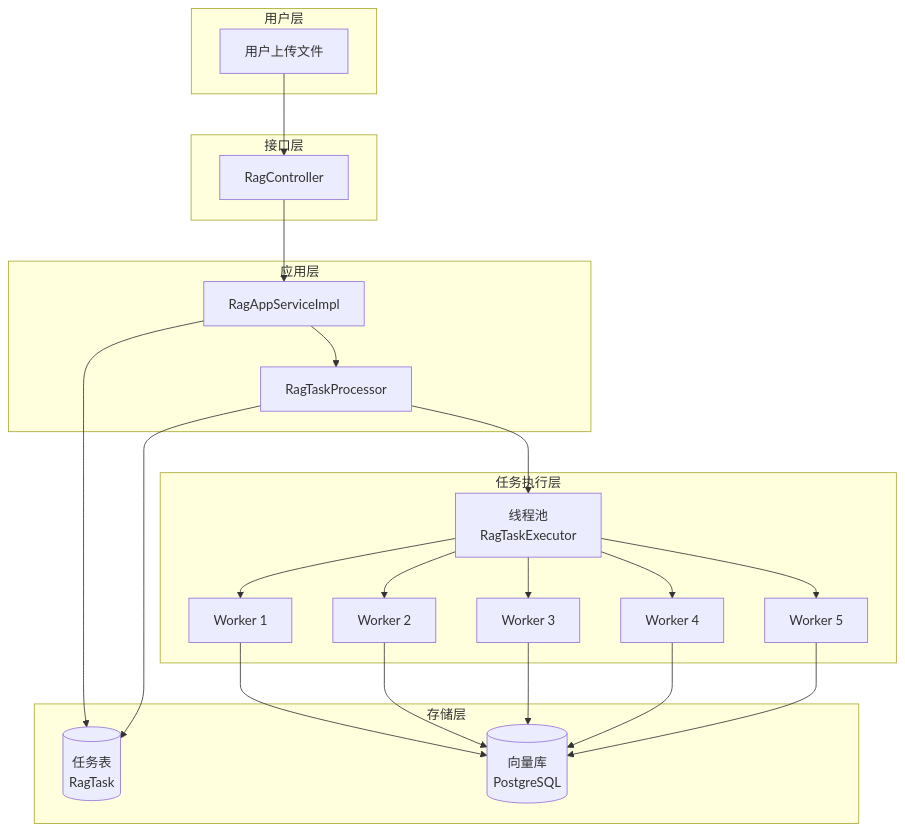
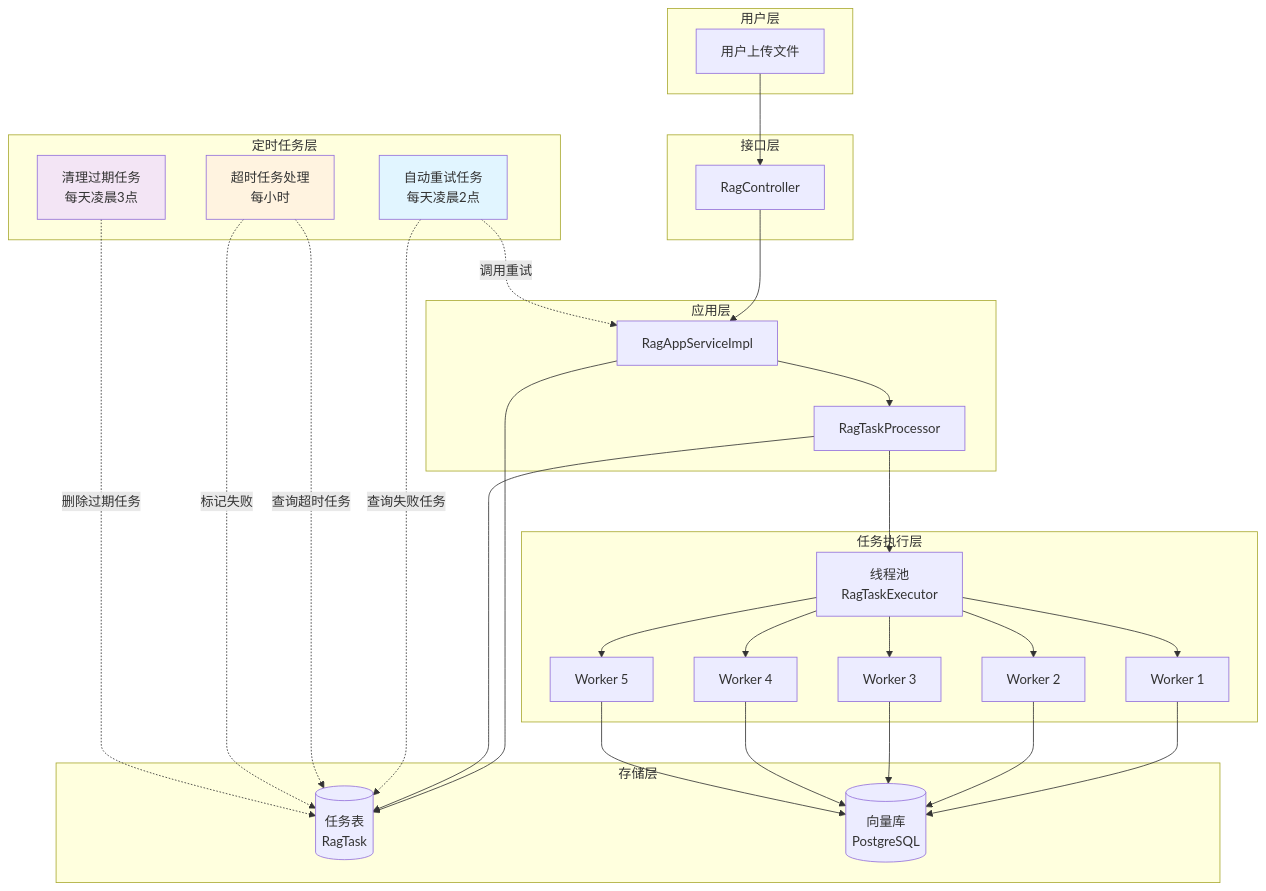
One commit to small-xiexu/ai-mcp-knowledge-study changed the first of 3 diagrams in docs/RAG文档处理优化完整方案.md. Above: the diagram before and after it, drawn with Mermaid. The commit also changed other lines of this file and 26 other files, not shown here.

````diff
--- a/docs/RAG文档处理优化完整方案.md
+++ b/docs/RAG文档处理优化完整方案.md
@@ -199,46 +230,62 @@
 ```mermaid
 flowchart TB
     subgraph 用户层
         User[用户上传文件]
+    end
+
+    subgraph 定时任务层
+        AutoRetryJob[自动重试任务<br/>每天凌晨2点]
+        TimeoutJob[超时任务处理<br/>每小时]
+        CleanupJob[清理过期任务<br/>每天凌晨3点]
     end
 
     subgraph 接口层
         Controller[RagController]
     end
 
     subgraph 应用层
         AppService[RagAppServiceImpl]
         TaskProcessor[RagTaskProcessor]
     end
 
     subgraph 任务执行层
         ThreadPool[线程池<br/>RagTaskExecutor]
         Worker1[Worker 1]
         Worker2[Worker 2]
         Worker3[Worker 3]
         Worker4[Worker 4]
         Worker5[Worker 5]
     end
 
     subgraph 存储层
         TaskDB[(任务表<br/>RagTask)]
         VectorDB[(向量库<br/>PostgreSQL)]
     end
 
     User --> Controller
     Controller --> AppService
     AppService --> TaskDB
     AppService --> TaskProcessor
     TaskProcessor --> ThreadPool
     ThreadPool --> Worker1
     ThreadPool --> Worker2
     ThreadPool --> Worker3
     ThreadPool --> Worker4
     ThreadPool --> Worker5
     Worker1 --> VectorDB
     Worker2 --> VectorDB
     Worker3 --> VectorDB
     Worker4 --> VectorDB
     Worker5 --> VectorDB
     TaskProcessor --> TaskDB
+
+    AutoRetryJob -.->|查询失败任务| TaskDB
+    AutoRetryJob -.->|调用重试| AppService
+    TimeoutJob -.->|查询超时任务| TaskDB
+    TimeoutJob -.->|标记失败| TaskDB
+    CleanupJob -.->|删除过期任务| TaskDB
+
+    style AutoRetryJob fill:#e1f5ff
+    style TimeoutJob fill:#fff3e0
+    style CleanupJob fill:#f3e5f5
 ```
````
